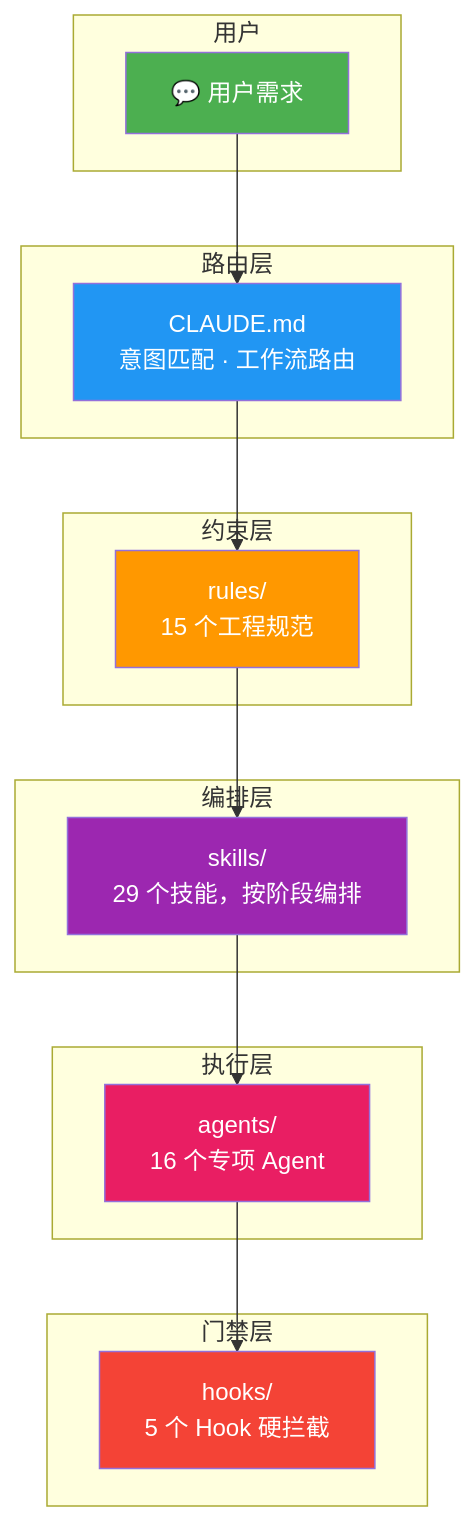
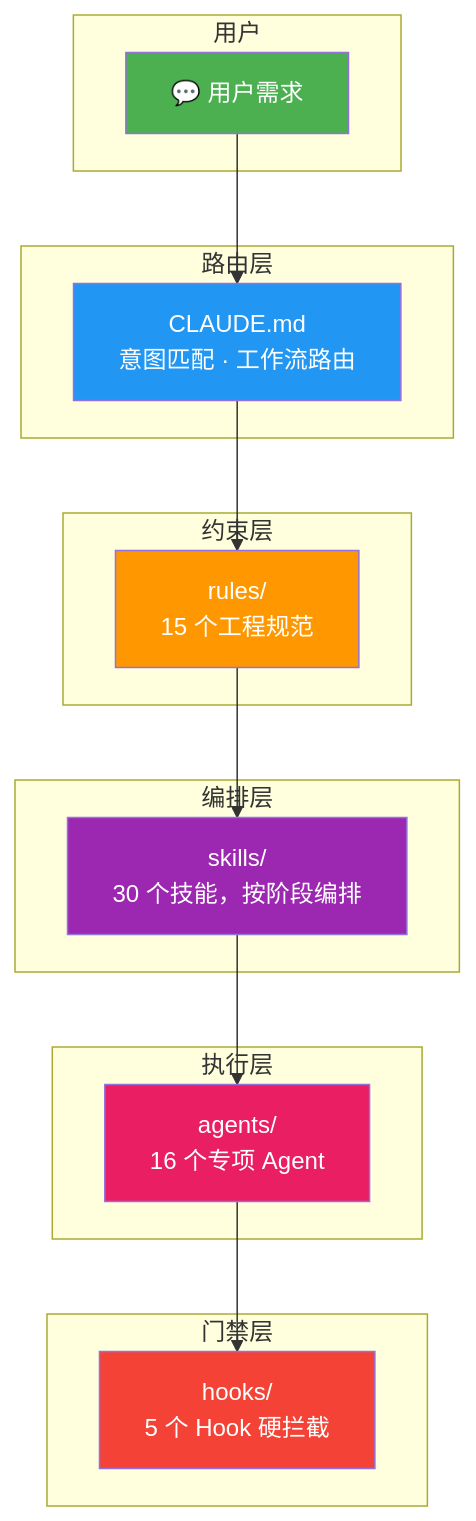
The first of 4 diagrams in README.md (minghaoZhangZ/shipkit), drawn with Mermaid before and after one commit. The commit also changed other lines of this file and 1 other file, not shown here.

First line of the commit message:
docs: README + ARCHITECTURE 更新 — 反映 ralph 持久化完成循环和 Completion Audit 独立化

````diff
--- a/README.md
+++ b/README.md
@@ -83,39 +83,39 @@
 ```mermaid
 flowchart TB
     subgraph 用户
         REQ["💬 用户需求"]
     end
 
     subgraph 路由层
         ROUTE["CLAUDE.md<br/>意图匹配 · 工作流路由"]
     end
 
     subgraph 约束层
         RULES["rules/<br/>15 个工程规范"]
     end
 
     subgraph 编排层
-        SKILLS["skills/<br/>29 个技能，按阶段编排"]
+        SKILLS["skills/<br/>30 个技能，按阶段编排"]
     end
 
     subgraph 执行层
         AGENTS["agents/<br/>16 个专项 Agent"]
     end
 
     subgraph 门禁层
         HOOKS["hooks/<br/>5 个 Hook 硬拦截"]
     end
 
     REQ --> ROUTE
     ROUTE --> RULES
     RULES --> SKILLS
     SKILLS --> AGENTS
     AGENTS --> HOOKS
 
     style REQ fill:#4CAF50,color:#fff
     style ROUTE fill:#2196F3,color:#fff
     style RULES fill:#FF9800,color:#fff
     style SKILLS fill:#9C27B0,color:#fff
     style AGENTS fill:#E91E63,color:#fff
     style HOOKS fill:#F44336,color:#fff
 ```
````
